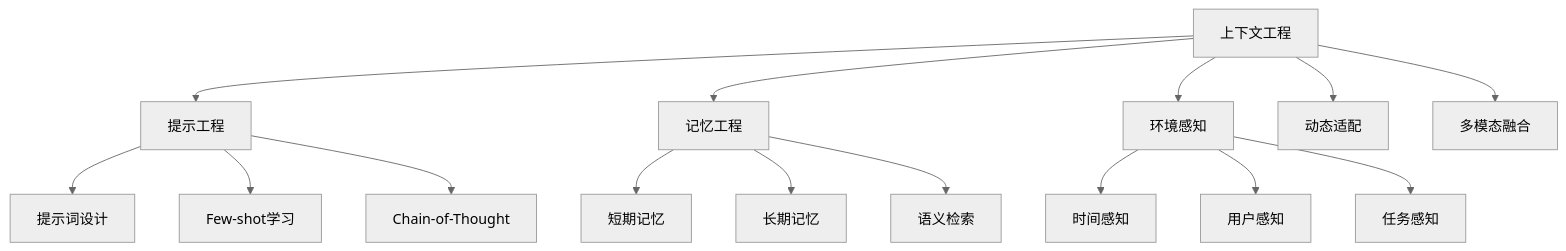
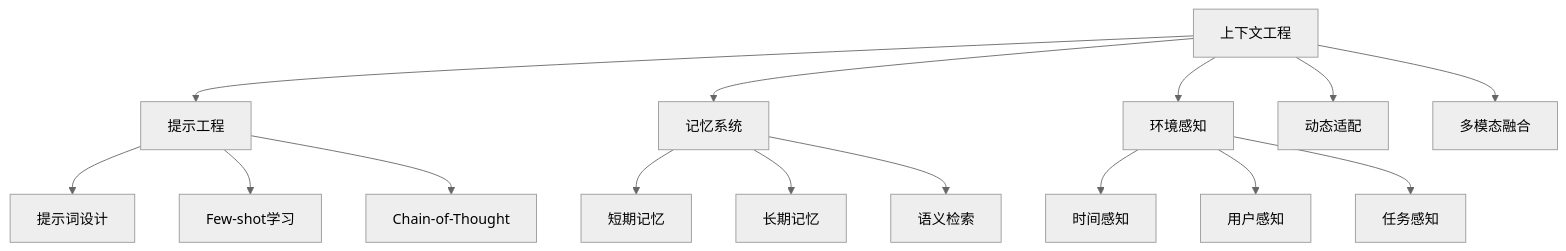
One commit to youyoude/agi-app-dev-guide-book changed the diagram in 第四部分_智能大脑工程学/4.1_上下文工程/4.1.1_上下文工程的理论基础与技术架构.md. Above: the diagram before and after it, drawn with Mermaid (neutral theme). The commit also changed other lines of this file and 6 other files, not shown here.

````diff
--- a/第四部分_智能大脑工程学/4.1_上下文工程/4.1.1_上下文工程的理论基础与技术架构.md
+++ b/第四部分_智能大脑工程学/4.1_上下文工程/4.1.1_上下文工程的理论基础与技术架构.md
@@ -35,20 +42,20 @@
 ```mermaid
 graph TB
     A[上下文工程] --> B[提示工程]
-    A --> C[记忆工程]
+    A --> C[记忆系统]
     A --> D[环境感知]
     A --> E[动态适配]
     A --> F[多模态融合]
     
     B --> B1[提示词设计]
     B --> B2[Few-shot学习]
     B --> B3[Chain-of-Thought]
     
     C --> C1[短期记忆]
     C --> C2[长期记忆]
     C --> C3[语义检索]
     
     D --> D1[时间感知]
     D --> D2[用户感知]
     D --> D3[任务感知]
 ```
````
